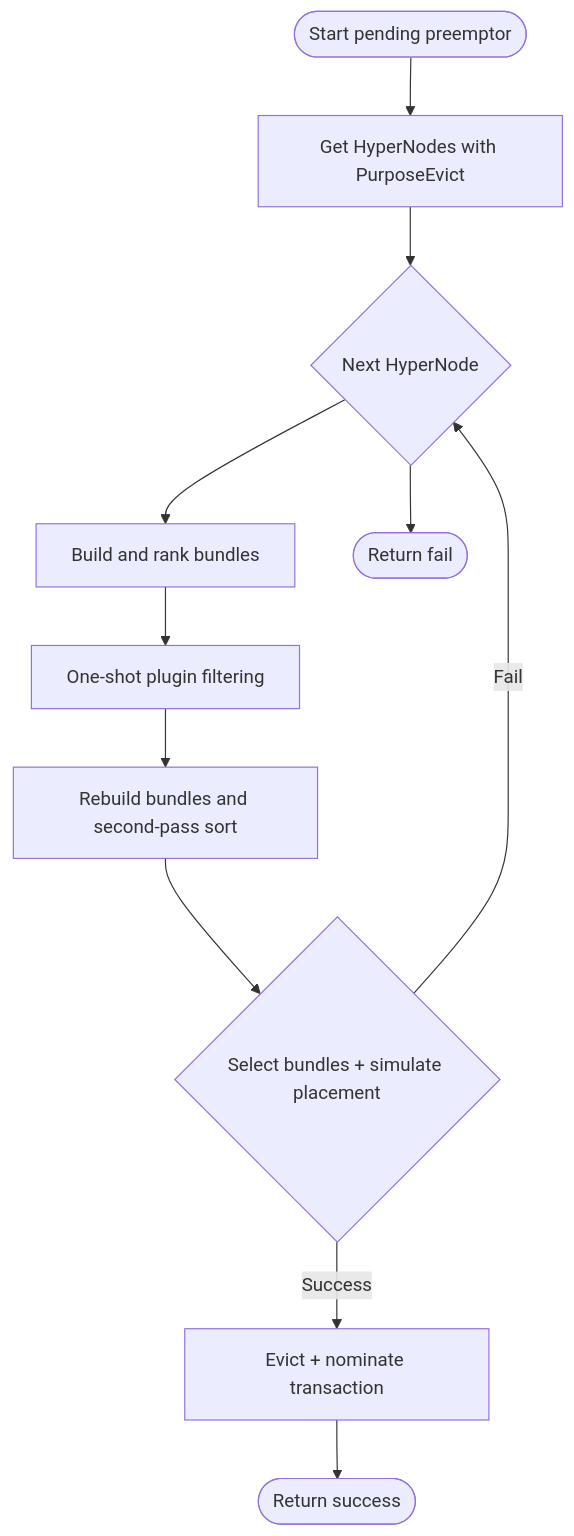
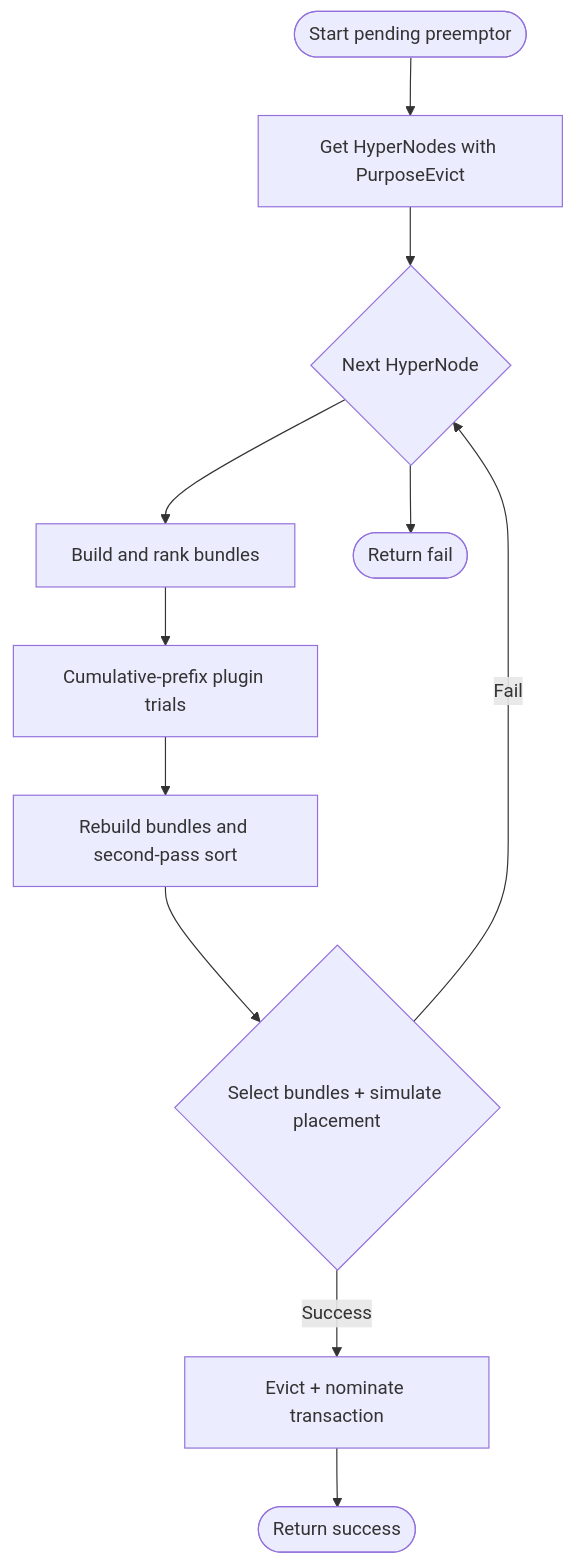
Before and after one commit to volcano-sh/volcano: the second of 2 diagrams in docs/design/gang-aware-eviction-design.md, drawn with Mermaid. The commit also changed other lines of this file and 14 other files, not shown here.

````diff
--- a/docs/design/gang-aware-eviction-design.md
+++ b/docs/design/gang-aware-eviction-design.md
@@ -130,13 +132,13 @@
 ```mermaid
 flowchart TB
     S([Start pending preemptor]) --> H[Get HyperNodes with PurposeEvict]
     H --> L{Next HyperNode}
     L --> B[Build and rank bundles]
-    B --> F[One-shot plugin filtering]
+    B --> F[Cumulative-prefix plugin trials]
     F --> R[Rebuild bundles and second-pass sort]
     R --> P{Select bundles + simulate placement}
     P -- Success --> C[Evict + nominate transaction]
     C --> OK([Return success])
     P -- Fail --> L
     L --> X([Return fail])
 ```
````
